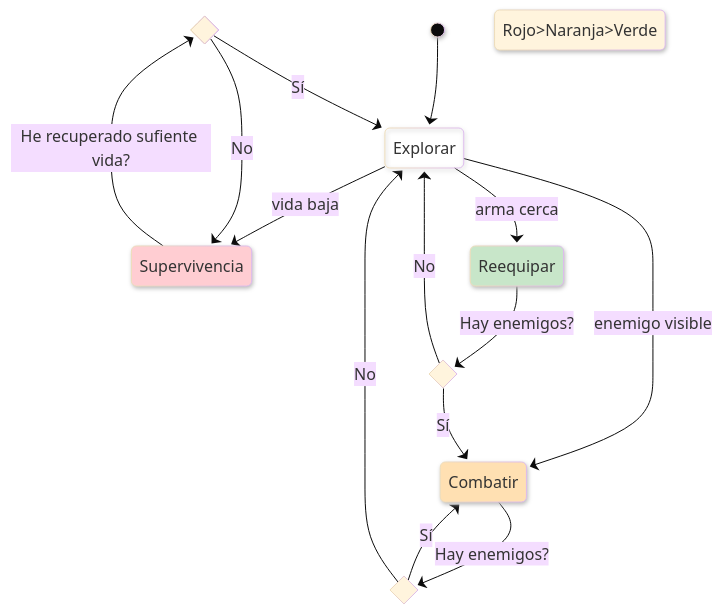
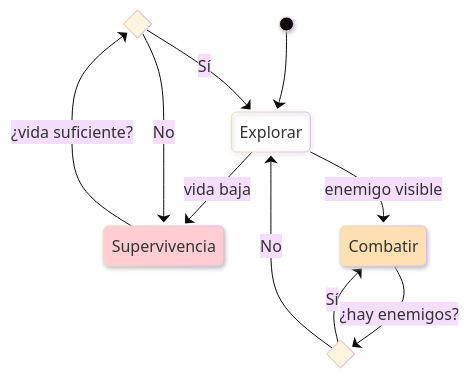
The second of 5 diagrams in README.md (Kang-Hsi/hfsm-bt), drawn with Mermaid before and after one commit. The commit also changed other lines of this file, not shown here.

````diff
--- a/README.md
+++ b/README.md
@@ -475,35 +474,28 @@
 ```mermaid
 ---
 config:
   theme: base
   look: neo
 ---
 stateDiagram
   direction TB
   state VidaSuficiente? <<choice>>
   state HayEnemigo? <<choice>>
-  state HayEnemigo1? <<choice>>
+
   [*] --> Explorar
-  Explorar --> Supervivencia:vida baja
-  Explorar --> Combatir:enemigo visible
-  Explorar --> Reequipar:arma cerca
 
-  Supervivencia --> VidaSuficiente?:He recuperado sufiente vida?
-  VidaSuficiente? --> Supervivencia:No
-  VidaSuficiente? --> Explorar:Sí
+  Explorar --> Supervivencia: vida baja
+  Explorar --> Combatir: enemigo visible
 
-  Combatir --> HayEnemigo?: Hay enemigos?
+  Supervivencia --> VidaSuficiente?: ¿vida suficiente?
+  VidaSuficiente? --> Supervivencia: No
+  VidaSuficiente? --> Explorar: Sí
+
+  Combatir --> HayEnemigo?: ¿hay enemigos?
   HayEnemigo? --> Combatir: Sí
   HayEnemigo? --> Explorar: No
 
-  Reequipar --> HayEnemigo1?: Hay enemigos?
-  HayEnemigo1? --> Combatir: Sí
-  HayEnemigo1? --> Explorar: No
-
-
-  Rojo>Naranja>Verde
   style Explorar fill:transparent
   style Supervivencia fill:#FFCDD2
-  style Reequipar fill:#C8E6C9
   style Combatir fill:#FFE0B2
 ```
````
